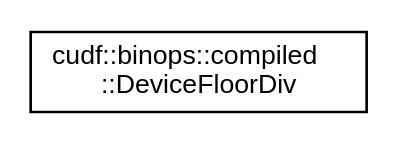
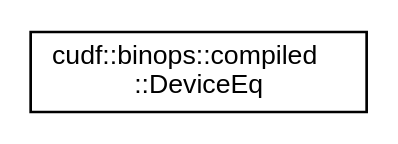
One commit to rapidsai/projects changed the diagram in libcudf/0.9.0/inherit_graph_28.dot. Above: the diagram before and after it, drawn with Graphviz. The commit also changed 601 other files, not shown here.

```diff
--- a/libcudf/0.9.0/inherit_graph_28.dot
+++ b/libcudf/0.9.0/inherit_graph_28.dot
@@ -1,7 +1,7 @@
 digraph "Graphical Class Hierarchy"
 {
   edge [fontname="Helvetica",fontsize="10",labelfontname="Helvetica",labelfontsize="10"];
   node [fontname="Helvetica",fontsize="10",shape=record];
   rankdir="LR";
-  Node0 [label="cudf::binops::compiled\l::DeviceFloorDiv",height=0.2,width=0.4,color="black", fillcolor="white", style="filled",URL="$structcudf_1_1binops_1_1compiled_1_1DeviceFloorDiv.html"];
+  Node0 [label="cudf::binops::compiled\l::DeviceEq",height=0.2,width=0.4,color="black", fillcolor="white", style="filled",URL="$structcudf_1_1binops_1_1compiled_1_1DeviceEq.html"];
 }
```
